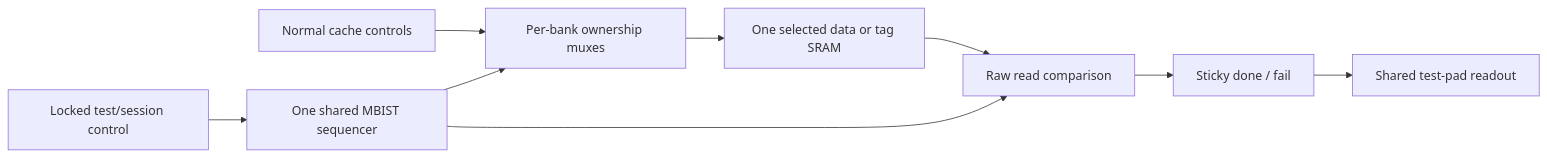
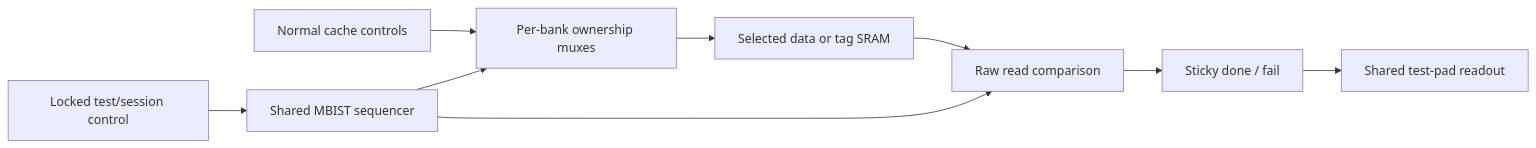
One commit to CoreTyx/AMOEBA changed the diagram in synth/dft/plan.md. Above: the diagram before and after it, drawn with Mermaid. The commit also changed other lines of this file and 8 other files, not shown here.

````diff
--- a/synth/dft/plan.md
+++ b/synth/dft/plan.md
@@ -106,11 +117,11 @@
 ```mermaid
 flowchart LR
-  T[Locked test/session control] --> B[One shared MBIST sequencer]
+  T[Locked test/session control] --> B[Shared MBIST sequencer]
   C[Normal cache controls] --> M[Per-bank ownership muxes]
   B --> M
-  M --> S[One selected data or tag SRAM]
+  M --> S[Selected data or tag SRAM]
   S --> R[Raw read comparison]
   B --> R
   R --> F[Sticky done / fail]
   F --> O[Shared test-pad readout]
 ```
````
